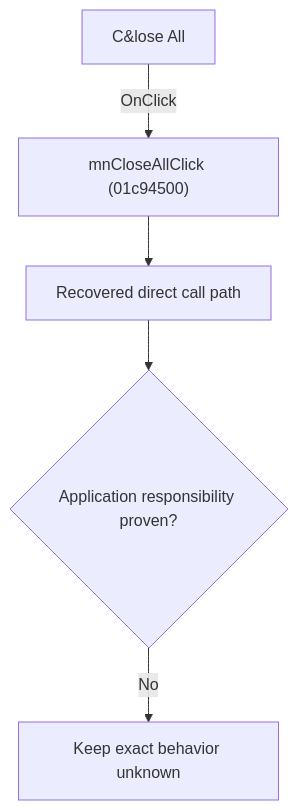
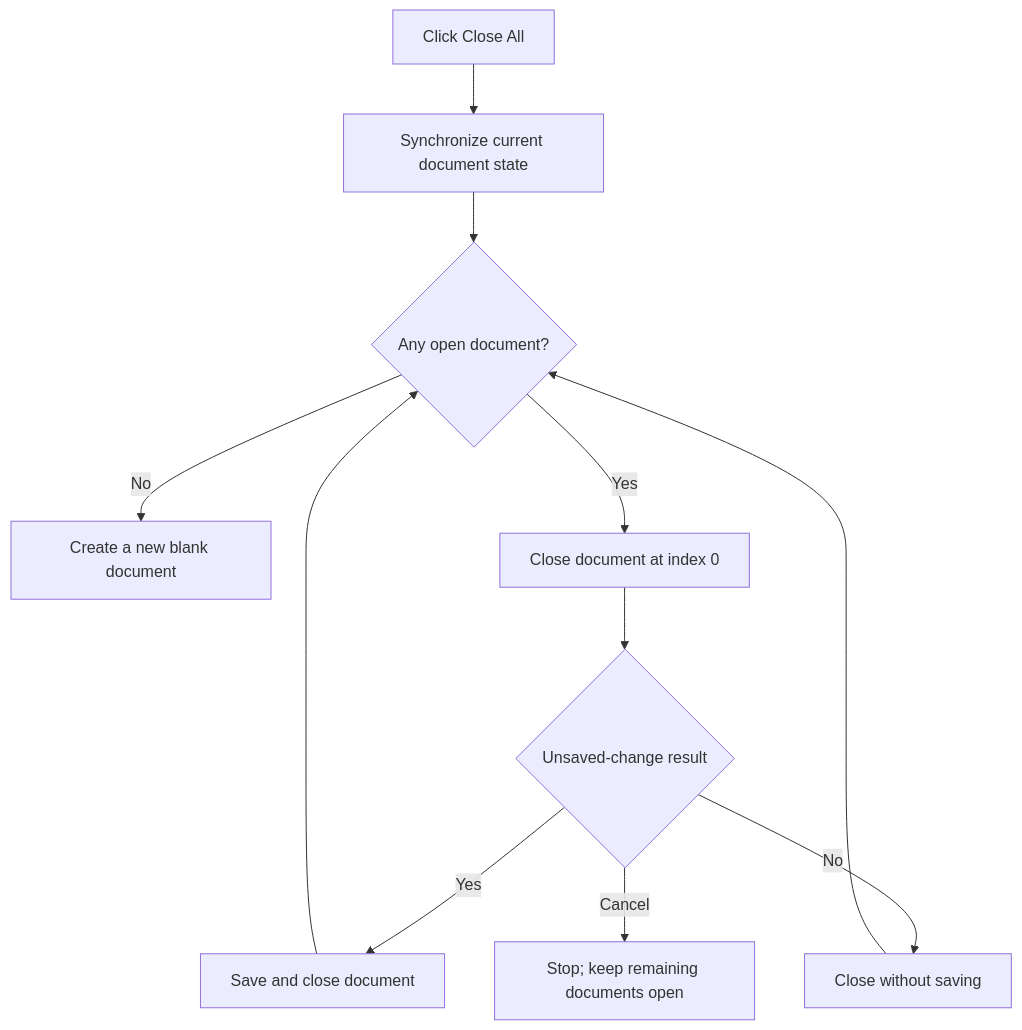
One commit to MovGP0/TIARA changed the diagram in docs/ui-controls/schematiceditor/mncloseall-480c61689d.md. Above: the diagram before and after it, drawn with Mermaid. The commit also changed other lines of this file and 241 other files, not shown here.

````diff
--- a/docs/ui-controls/schematiceditor/mncloseall-480c61689d.md
+++ b/docs/ui-controls/schematiceditor/mncloseall-480c61689d.md
@@ -27,7 +29,13 @@
 ```mermaid
 flowchart TD
-    control["C&lose All"] -->|"OnClick"| handler["mnCloseAllClick (01c94500)"]
-    handler --> recovered["Recovered direct call path"]
-    recovered --> gap{"Application responsibility proven?"}
-    gap -->|"No"| blocked["Keep exact behavior unknown"]
+    control["Click Close All"] --> handler["Synchronize current document state"]
+    handler --> remaining{"Any open document?"}
+    remaining -->|"No"| blank["Create a new blank document"]
+    remaining -->|"Yes"| close["Close document at index 0"]
+    close --> prompt{"Unsaved-change result"}
+    prompt -->|"Yes"| save["Save and close document"]
+    prompt -->|"No"| closed["Close without saving"]
+    prompt -->|"Cancel"| stop["Stop; keep remaining documents open"]
+    save --> remaining
+    closed --> remaining
 ```
````
